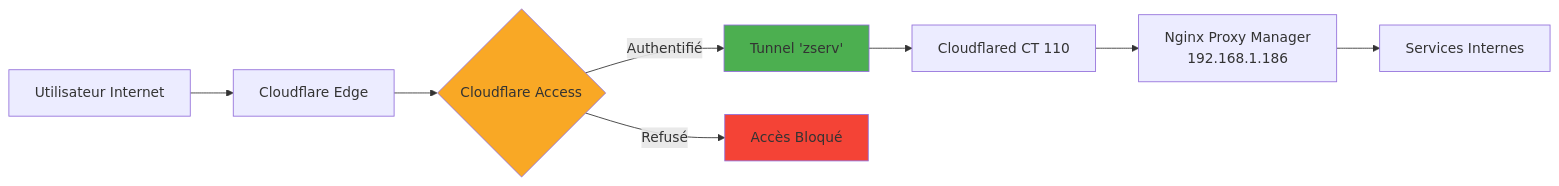
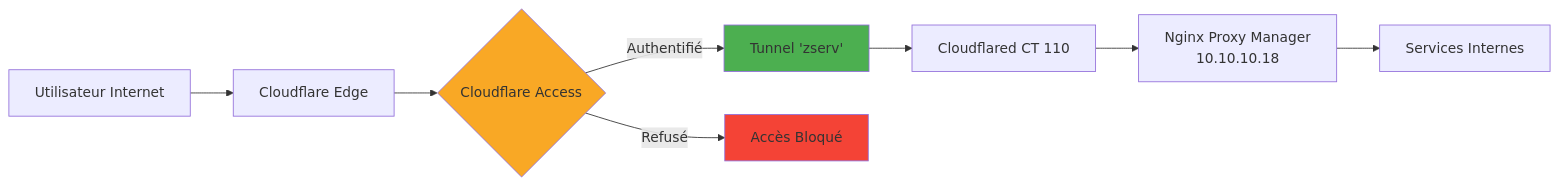
Before and after one commit to Kyworn/ZorkoLab: the diagram in security/cloudflare_zero_trust.md, drawn with Mermaid. The commit also changed 6 other files, not shown here.

Commit message:
docs: update container IPs across all architectural documents

````diff
--- a/security/cloudflare_zero_trust.md
+++ b/security/cloudflare_zero_trust.md
@@ -22,14 +22,14 @@
 ```mermaid
 graph LR
     A[Utilisateur Internet] --> B[Cloudflare Edge]
     B --> C{Cloudflare Access}
     C -->|Authentifié| D[Tunnel 'zserv']
     C -->|Refusé| E[Accès Bloqué]
     D --> F[Cloudflared CT 110]
-    F --> G[Nginx Proxy Manager<br/>192.168.1.186]
+    F --> G[Nginx Proxy Manager<br/>10.10.10.18]
     G --> H[Services Internes]
 
     style C fill:#f9a825
     style D fill:#4caf50
     style E fill:#f44336
 ```
````
